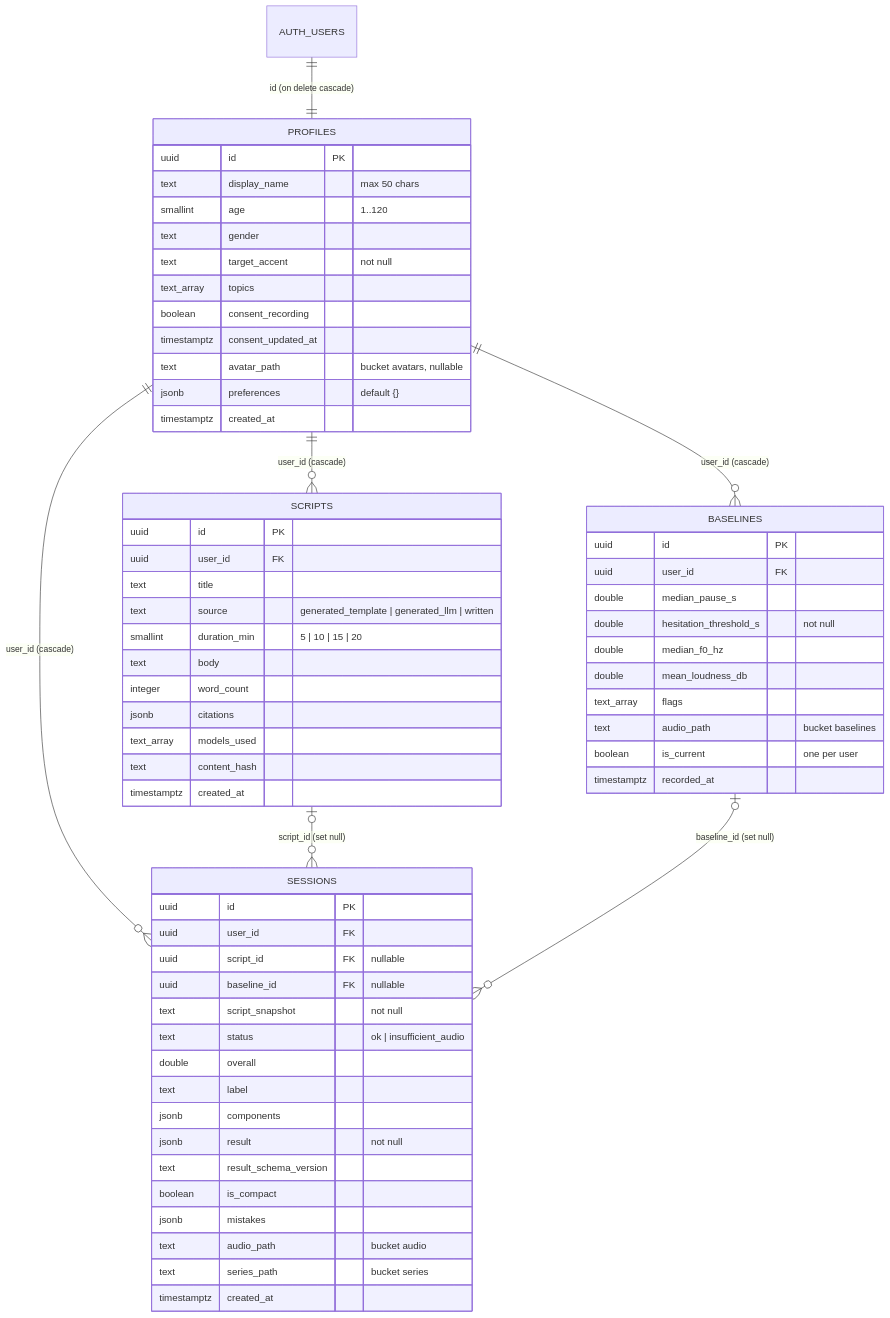
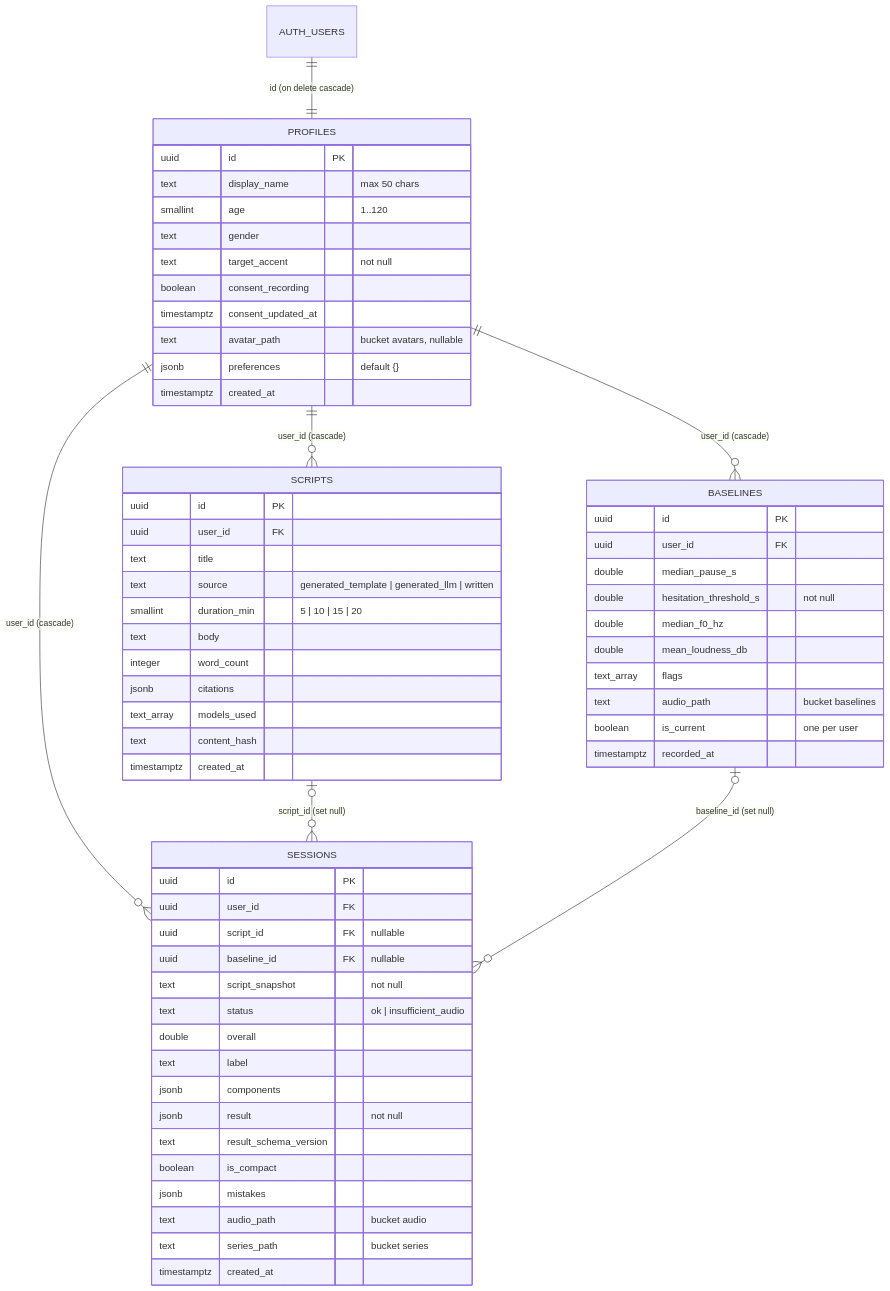
One commit to cbaolee/25c11-ct-team08-public-speaking-assistant changed the diagram in docs/adr/ADR-001.md. Above: the diagram before and after it, drawn with Mermaid. The commit also changed 13 other files, not shown here.

````diff
--- a/docs/adr/ADR-001.md
+++ b/docs/adr/ADR-001.md
@@ -19,66 +19,65 @@
 ```mermaid
 erDiagram
     AUTH_USERS ||--|| PROFILES : "id (on delete cascade)"
     PROFILES ||--o{ BASELINES : "user_id (cascade)"
     PROFILES ||--o{ SCRIPTS : "user_id (cascade)"
     PROFILES ||--o{ SESSIONS : "user_id (cascade)"
     SCRIPTS |o--o{ SESSIONS : "script_id (set null)"
     BASELINES |o--o{ SESSIONS : "baseline_id (set null)"
 
     PROFILES {
         uuid id PK
         text display_name "max 50 chars"
         smallint age "1..120"
         text gender
         text target_accent "not null"
-        text_array topics
         boolean consent_recording
         timestamptz consent_updated_at
         text avatar_path "bucket avatars, nullable"
         jsonb preferences "default {}"
         timestamptz created_at
     }
     BASELINES {
         uuid id PK
         uuid user_id FK
         double median_pause_s
         double hesitation_threshold_s "not null"
         double median_f0_hz
         double mean_loudness_db
         text_array flags
         text audio_path "bucket baselines"
         boolean is_current "one per user"
         timestamptz recorded_at
     }
     SCRIPTS {
         uuid id PK
         uuid user_id FK
         text title
         text source "generated_template | generated_llm | written"
         smallint duration_min "5 | 10 | 15 | 20"
         text body
         integer word_count
         jsonb citations
         text_array models_used
         text content_hash
         timestamptz created_at
     }
     SESSIONS {
         uuid id PK
         uuid user_id FK
         uuid script_id FK "nullable"
         uuid baseline_id FK "nullable"
         text script_snapshot "not null"
         text status "ok | insufficient_audio"
         double overall
         text label
         jsonb components
         jsonb result "not null"
         text result_schema_version
         boolean is_compact
         jsonb mistakes
         text audio_path "bucket audio"
         text series_path "bucket series"
         timestamptz created_at
     }
 ```
````
